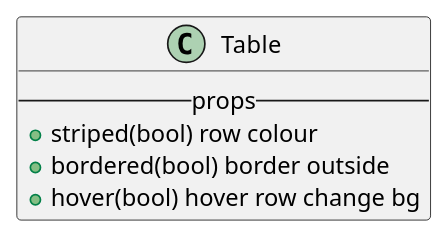
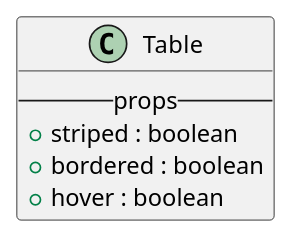
The diagram in react/bootstrap/table.iuml (M9k/Marvin-Uml), drawn with PlantUML before and after one commit. The commit also changed 10 other files, not shown here.

Commit message:
fix uml standard parte bootstrap

```diff
--- a/react/bootstrap/table.iuml
+++ b/react/bootstrap/table.iuml
@@ -1,6 +1,6 @@
 class Table{
     --props--
-        + striped(bool) row colour
-        + bordered(bool) border outside
-        + hover(bool) hover row change bg
+        + striped : boolean
+        + bordered : boolean
+        + hover : boolean
 }
```
